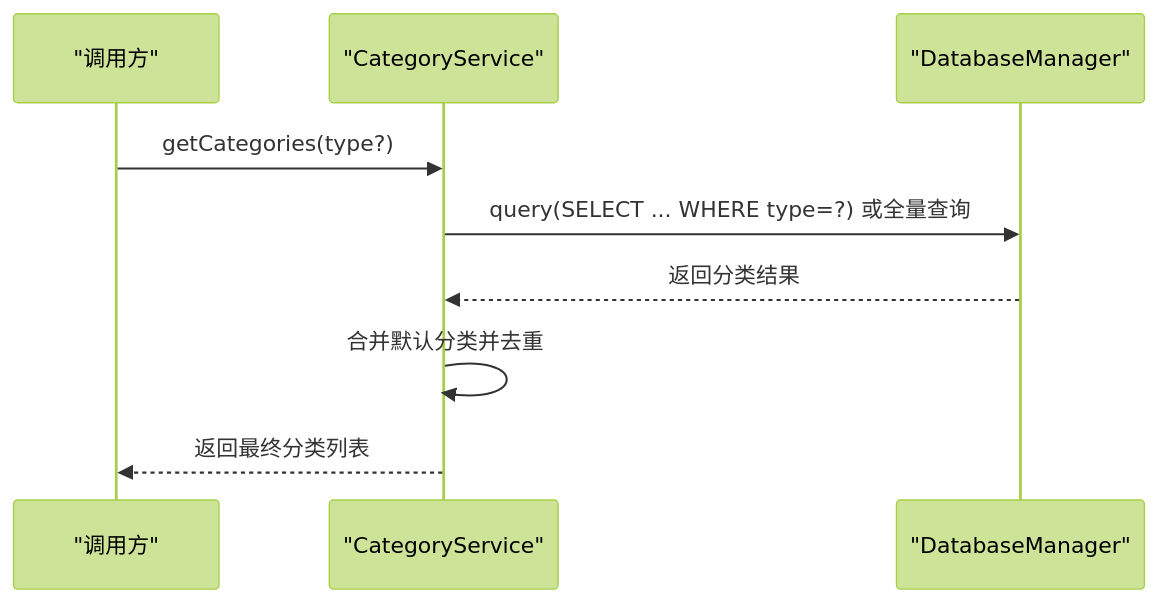
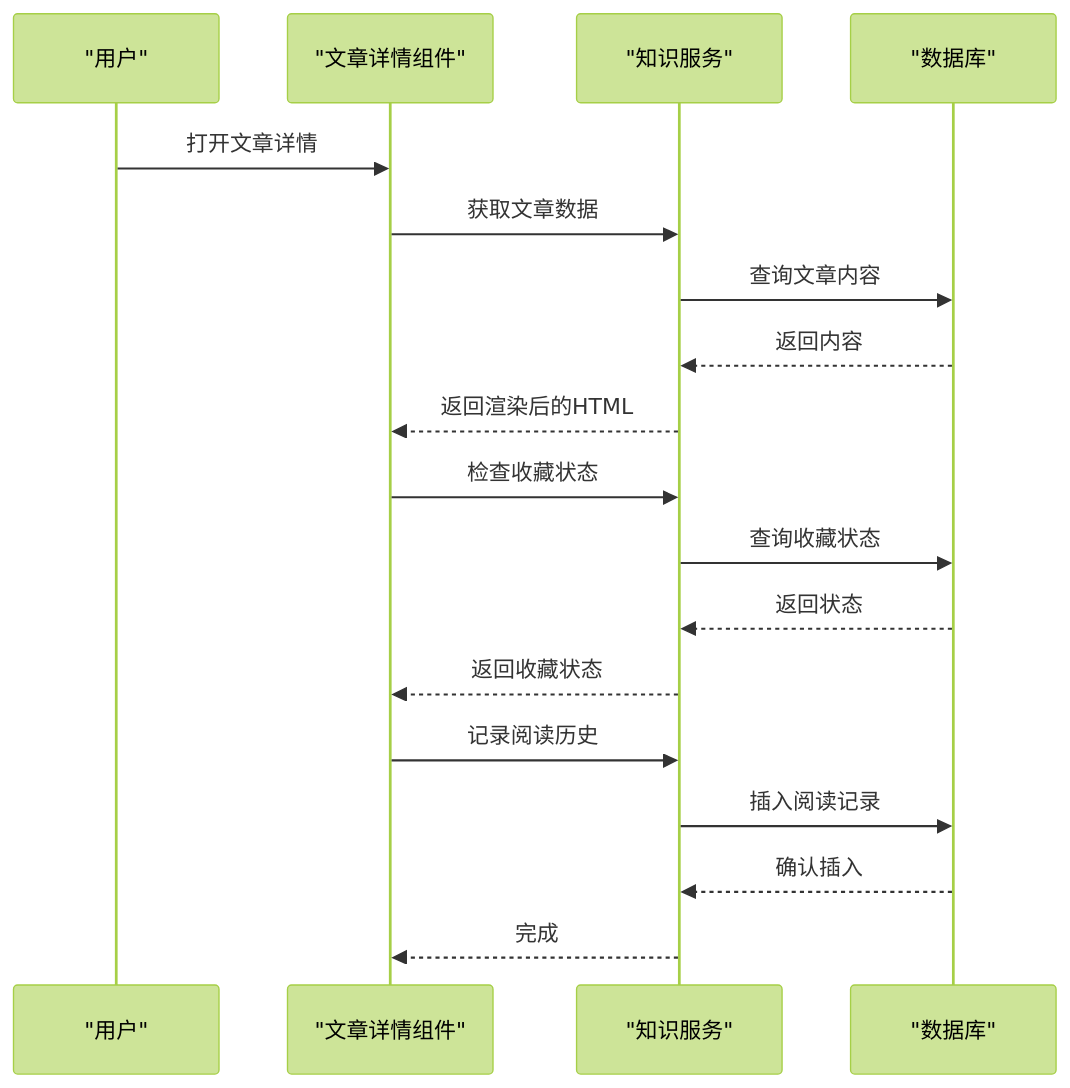
Before and after one commit to xiao-lin-unit/yuan: the fourth of 6 diagrams in .qoder/repowiki/zh/content/财务分析/财务知识库.md, drawn with Mermaid (forest theme). The commit also changed other lines of this file and 16 other files, not shown here.

Commit message:
图片和图标处理

````diff
--- a/.qoder/repowiki/zh/content/财务分析/财务知识库.md
+++ b/.qoder/repowiki/zh/content/财务分析/财务知识库.md
@@ -164,11 +187,20 @@
 ```mermaid
 sequenceDiagram
-participant C as "调用方"
-participant S as "CategoryService"
-participant D as "DatabaseManager"
-C->>S : getCategories(type?)
-S->>D : query(SELECT ... WHERE type=?) 或全量查询
-D-->>S : 返回分类结果
-S->>S : 合并默认分类并去重
-S-->>C : 返回最终分类列表
+participant U as "用户"
+participant A as "文章详情组件"
+participant S as "知识服务"
+participant D as "数据库"
+U->>A : 打开文章详情
+A->>S : 获取文章数据
+S->>D : 查询文章内容
+D-->>S : 返回内容
+S-->>A : 返回渲染后的HTML
+A->>S : 检查收藏状态
+S->>D : 查询收藏状态
+D-->>S : 返回状态
+S-->>A : 返回收藏状态
+A->>S : 记录阅读历史
+S->>D : 插入阅读记录
+D-->>S : 确认插入
+S-->>A : 完成
 ```
````
